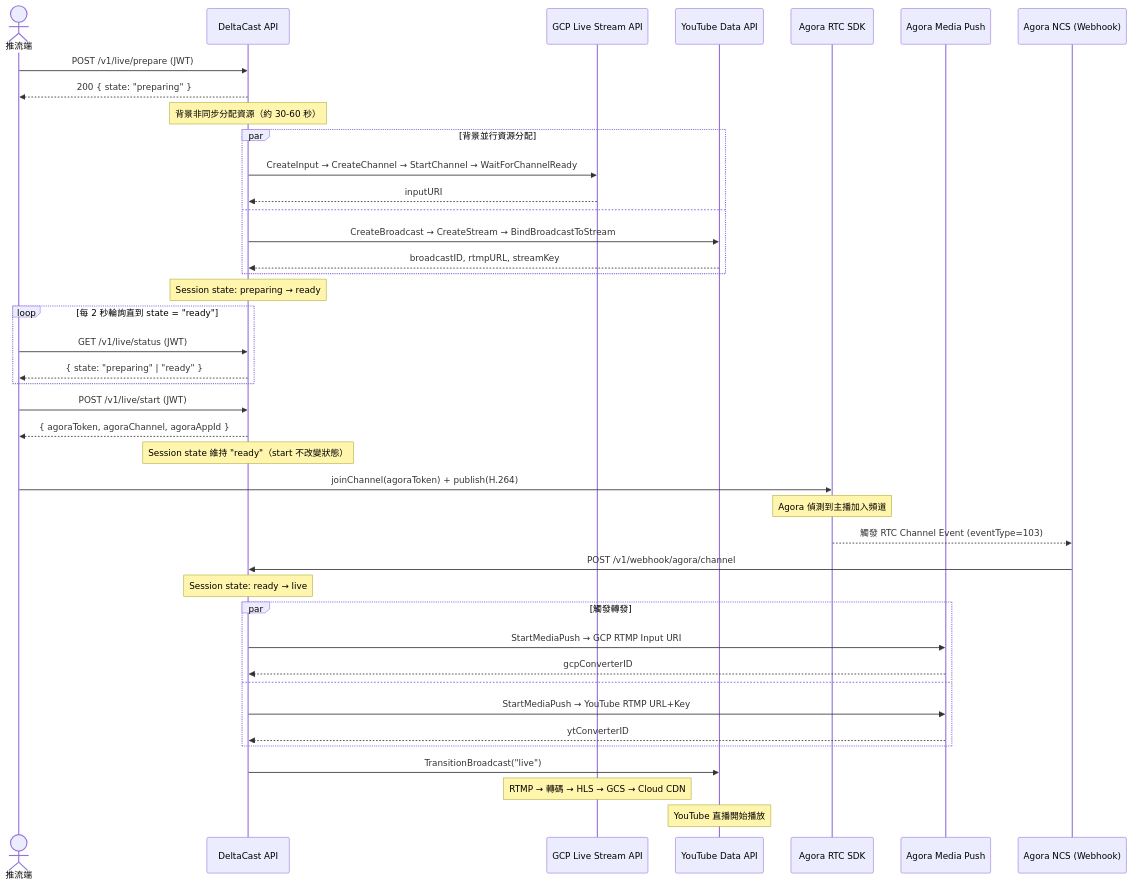
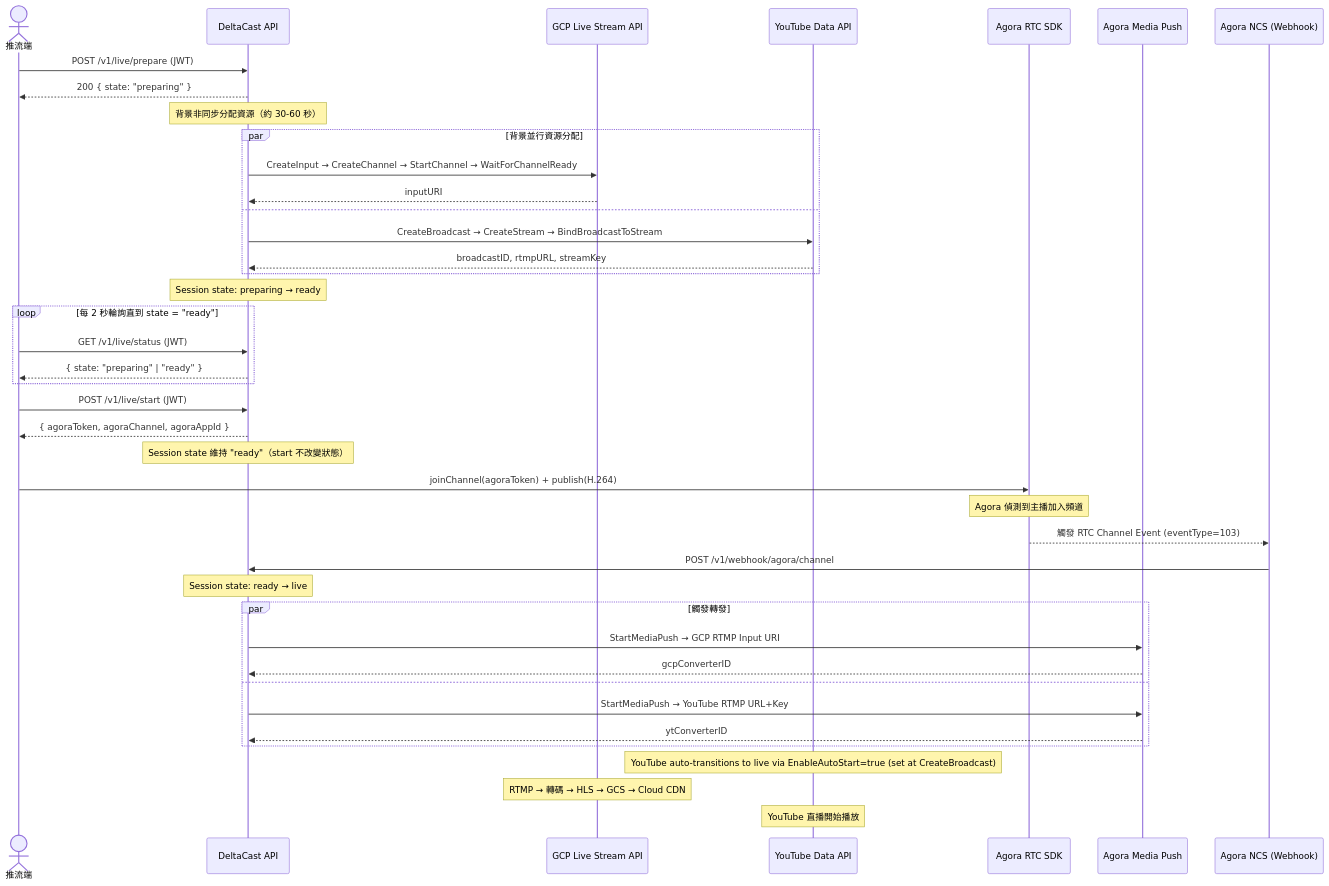
One commit to maxence2997/delta-cast changed the second of 5 diagrams in doc/spec.md. Above: the diagram before and after it, drawn with Mermaid. The commit also changed other lines of this file and 1 other file, not shown here.

First line of the commit message:
doc: 修正 spec.md / api.md 與程式碼不一致的描述

````diff
--- a/doc/spec.md
+++ b/doc/spec.md
@@ -92,53 +92,52 @@
 ```mermaid
 sequenceDiagram
     actor Streamer as 推流端
     participant API as DeltaCast API
     participant GCP as GCP Live Stream API
     participant YT as YouTube Data API
     participant AgoraRTC as Agora RTC SDK
     participant AgoraMP as Agora Media Push
     participant NCS as Agora NCS (Webhook)
 
     Streamer->>API: POST /v1/live/prepare (JWT)
     API-->>Streamer: 200 { state: "preparing" }
     Note over API: 背景非同步分配資源（約 30-60 秒）
 
     par 背景並行資源分配
         API->>GCP: CreateInput → CreateChannel → StartChannel → WaitForChannelReady
         GCP-->>API: inputURI
     and
         API->>YT: CreateBroadcast → CreateStream → BindBroadcastToStream
         YT-->>API: broadcastID, rtmpURL, streamKey
     end
 
     Note over API: Session state: preparing → ready
 
     loop 每 2 秒輪詢直到 state = "ready"
         Streamer->>API: GET /v1/live/status (JWT)
         API-->>Streamer: { state: "preparing" | "ready" }
     end
 
     Streamer->>API: POST /v1/live/start (JWT)
     API-->>Streamer: { agoraToken, agoraChannel, agoraAppId }
     Note over API: Session state 維持 "ready"（start 不改變狀態）
 
     Streamer->>AgoraRTC: joinChannel(agoraToken) + publish(H.264)
     Note over AgoraRTC: Agora 偵測到主播加入頻道
 
     AgoraRTC-->>NCS: 觸發 RTC Channel Event (eventType=103)
     NCS->>API: POST /v1/webhook/agora/channel
     Note over API: Session state: ready → live
 
     par 觸發轉發
         API->>AgoraMP: StartMediaPush → GCP RTMP Input URI
         AgoraMP-->>API: gcpConverterID
     and
         API->>AgoraMP: StartMediaPush → YouTube RTMP URL+Key
         AgoraMP-->>API: ytConverterID
     end
-
-    API->>YT: TransitionBroadcast("live")
+    Note over YT: YouTube auto-transitions to live via EnableAutoStart=true (set at CreateBroadcast)
 
     Note over GCP: RTMP → 轉碼 → HLS → GCS → Cloud CDN
     Note over YT: YouTube 直播開始播放
 ```
````
